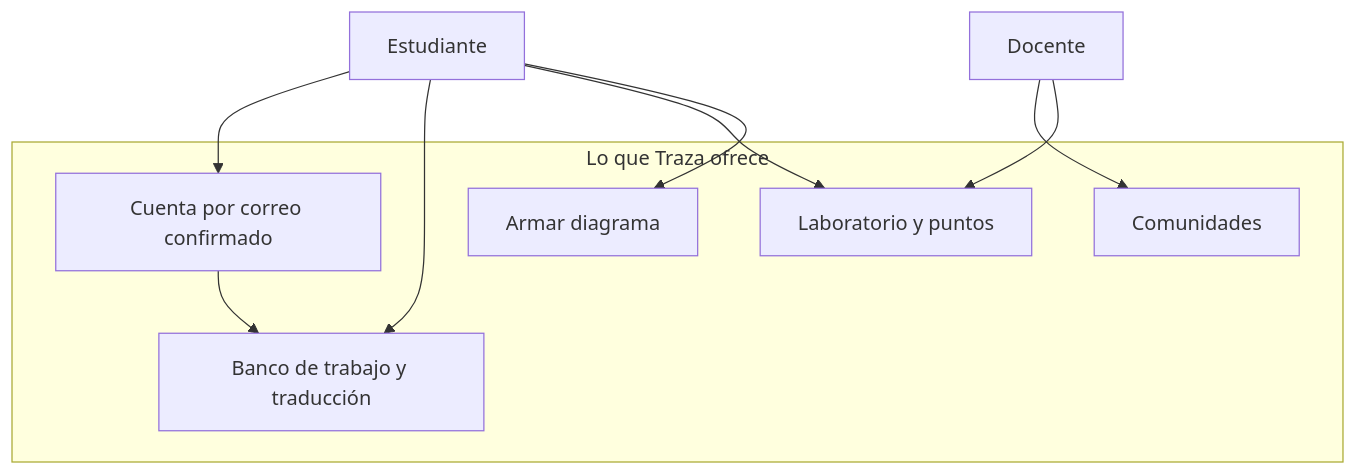
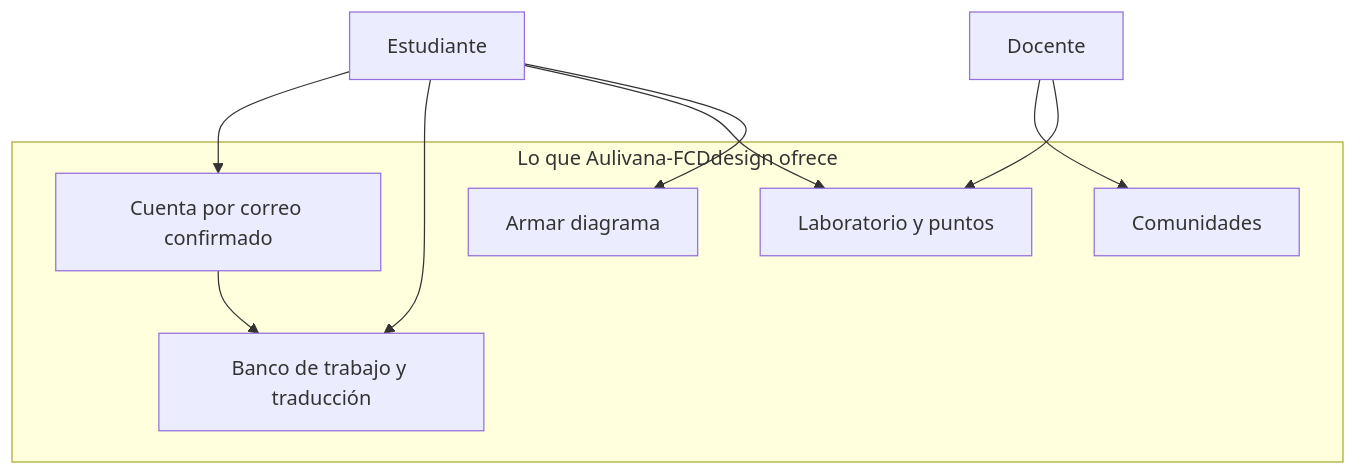
One commit to roque-code/FCDesign_client_server changed the diagram in docs/vistas/arquitectura-de-negocio.md. Above: the diagram before and after it, drawn with Mermaid. The commit also changed other lines of this file and 60 other files, not shown here.

````diff
--- a/docs/vistas/arquitectura-de-negocio.md
+++ b/docs/vistas/arquitectura-de-negocio.md
@@ -18,17 +18,17 @@
 ```mermaid
 flowchart TB
-    subgraph oferta [Lo que Traza ofrece]
+    subgraph oferta [Lo que Aulivana-FCDdesign ofrece]
         cuenta[Cuenta por correo confirmado]
         editor[Banco de trabajo y traducción]
         lab[Laboratorio y puntos]
         aula[Comunidades]
         figura[Armar diagrama]
     end
     estudiante[Estudiante] --> cuenta
     estudiante --> editor
     estudiante --> lab
     estudiante --> figura
     docente[Docente] --> aula
     docente --> lab
     cuenta --> editor
 ```
````
